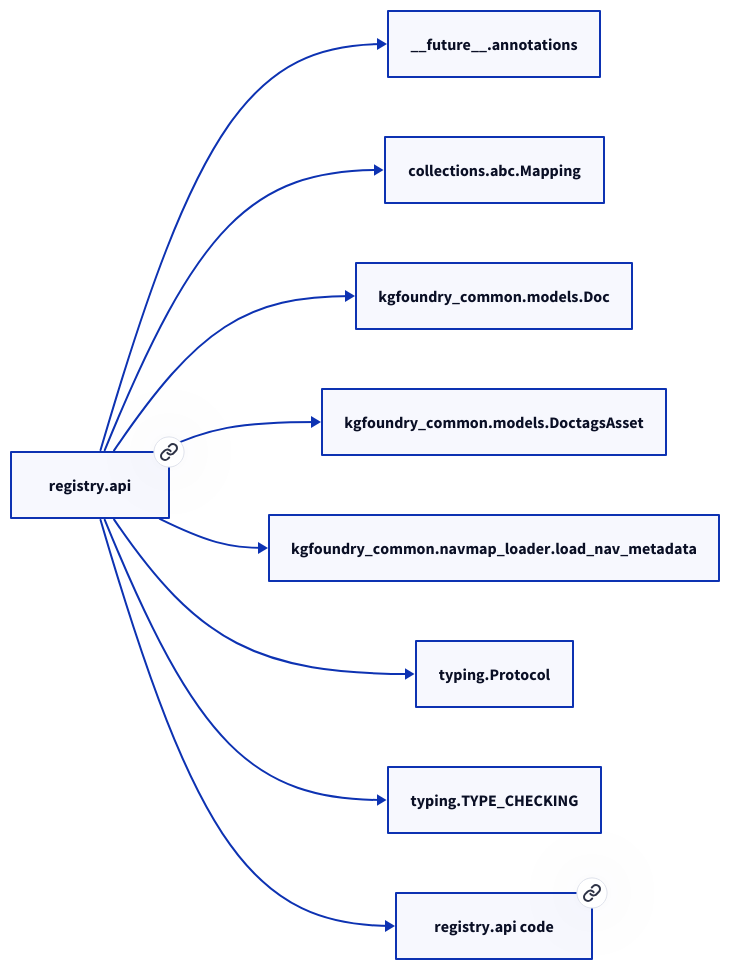
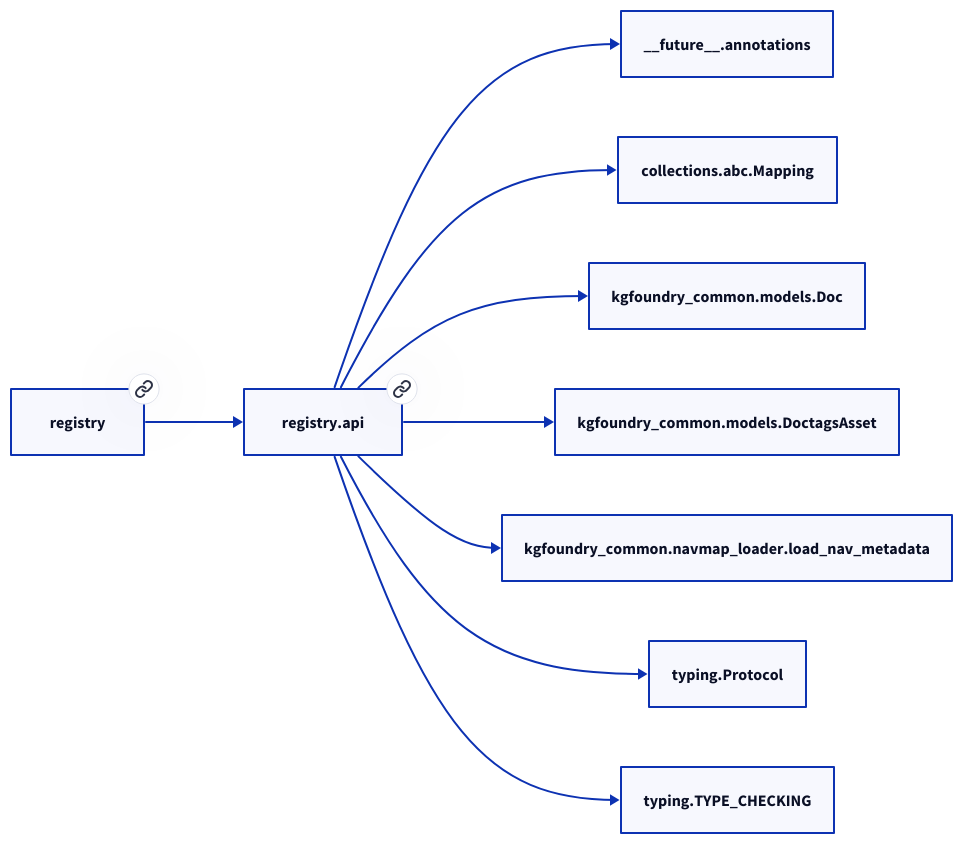
The second of 2 diagrams in docs/modules/registry/api.md (paul-heyse/kgforge), drawn with D2 before and after one commit. The commit also changed other lines of this file and 208 other files, not shown here.

````diff
--- a/docs/modules/registry/api.md
+++ b/docs/modules/registry/api.md
@@ -38,20 +42,20 @@
 ```d2
 direction: right
-"registry.api": "registry.api" { link: "./registry/api.md" }
+"registry.api": "registry.api" { link: "https://github.com/paul-heyse/kgfoundry/blob/main/src/registry/api.py" }
 "__future__.annotations": "__future__.annotations"
 "registry.api" -> "__future__.annotations"
 "collections.abc.Mapping": "collections.abc.Mapping"
 "registry.api" -> "collections.abc.Mapping"
 "kgfoundry_common.models.Doc": "kgfoundry_common.models.Doc"
 "registry.api" -> "kgfoundry_common.models.Doc"
 "kgfoundry_common.models.DoctagsAsset": "kgfoundry_common.models.DoctagsAsset"
 "registry.api" -> "kgfoundry_common.models.DoctagsAsset"
 "kgfoundry_common.navmap_loader.load_nav_metadata": "kgfoundry_common.navmap_loader.load_nav_metadata"
 "registry.api" -> "kgfoundry_common.navmap_loader.load_nav_metadata"
 "typing.Protocol": "typing.Protocol"
 "registry.api" -> "typing.Protocol"
 "typing.TYPE_CHECKING": "typing.TYPE_CHECKING"
 "registry.api" -> "typing.TYPE_CHECKING"
-"registry.api_code": "registry.api code" { link: "https://github.com/kgfoundry/kgfoundry/blob/main/src/registry/api.py" }
-"registry.api" -> "registry.api_code" { style: dashed }
+"registry": "registry" { link: "https://github.com/paul-heyse/kgfoundry/blob/main/src/registry/__init__.py" }
+"registry" -> "registry.api" { style: dashed }
 ```
````
